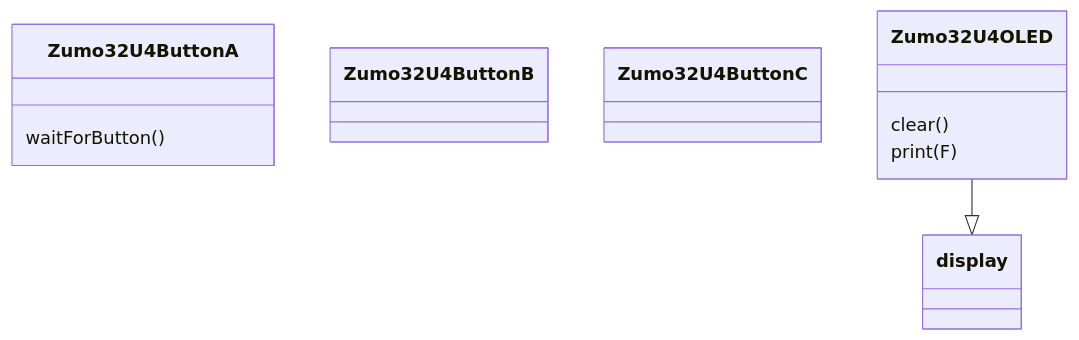
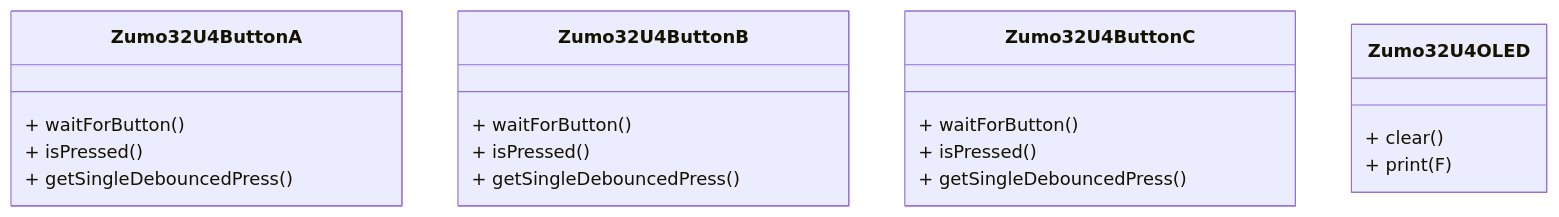
Before and after one commit to Yamairo/Systems_Engineering: the diagram in Practica/Object-georiënteerd Modelleren Practicum/Week 1.md, drawn with Mermaid. The commit also changed other lines of this file and 13 other files, not shown here.

````diff
--- a/Practica/Object-georiënteerd Modelleren Practicum/Week 1.md
+++ b/Practica/Object-georiënteerd Modelleren Practicum/Week 1.md
@@ -17,16 +19,22 @@
-```mermaid classDiagram
+```mermaid classDiagram 
 classDiagram
     class Zumo32U4ButtonA{
-	    waitForButton()
+	    + waitForButton()
+		+ isPressed()
+		+ getSingleDebouncedPress()
     }
     class Zumo32U4ButtonB{
+	    + waitForButton()
+	    + isPressed()
+	    + getSingleDebouncedPress()
     }
     class Zumo32U4ButtonC{
+	    + waitForButton()
+	    + isPressed()
+	    + getSingleDebouncedPress()
     }
     class Zumo32U4OLED{
-        clear()
-        print(F)
+        + clear()
+        + print(F)
     }
-    Zumo32U4OLED --|> display
-     
 ```
````
